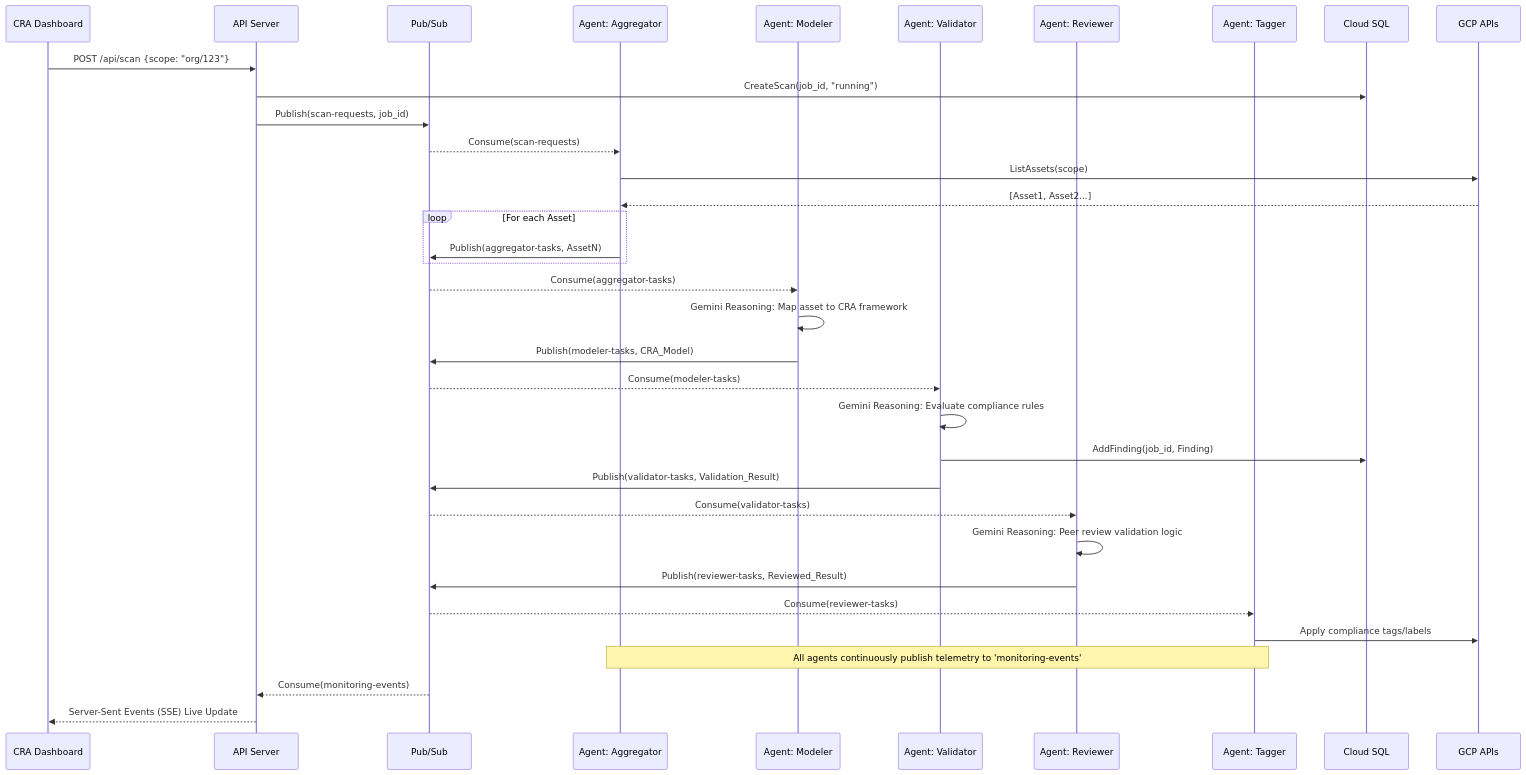
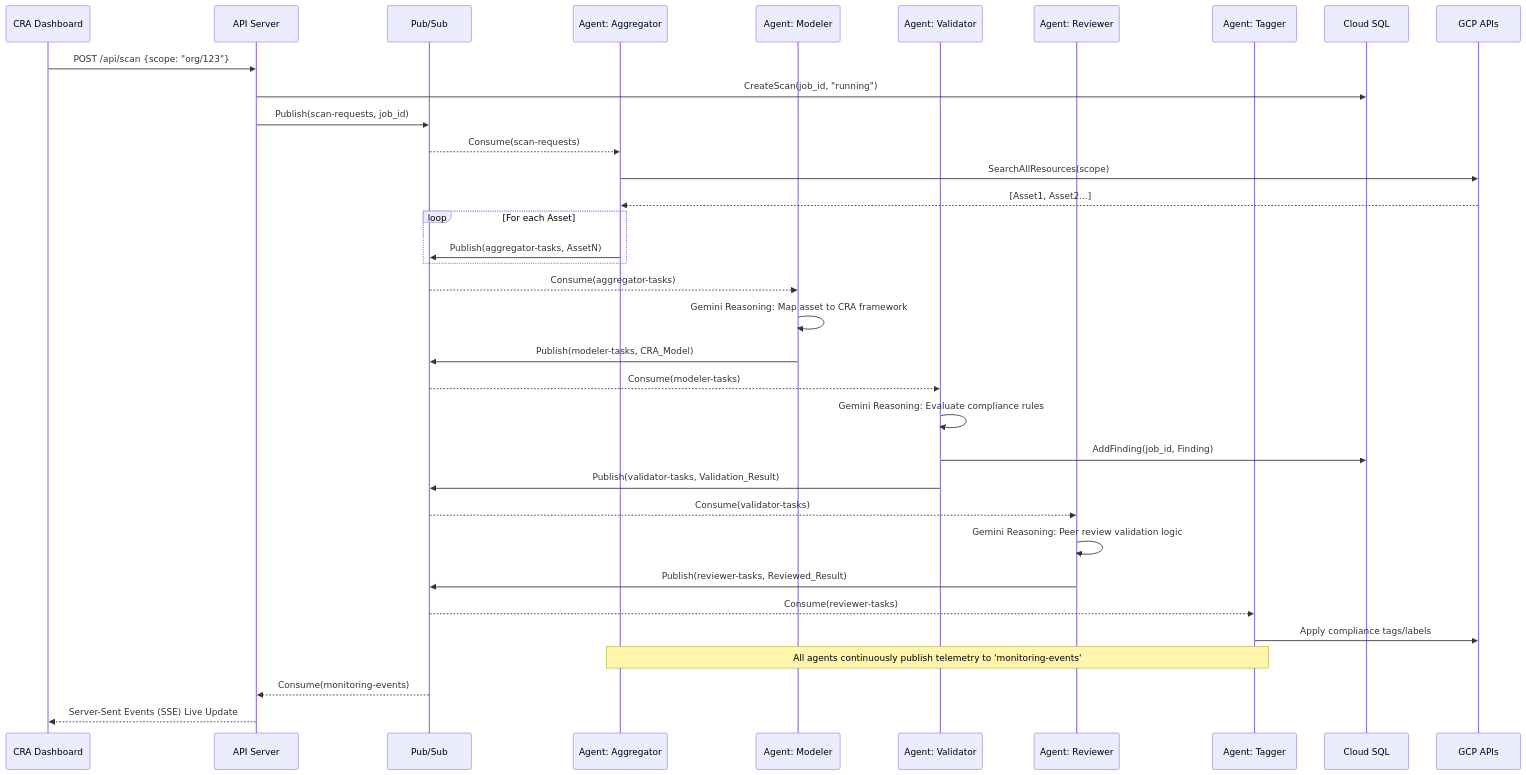
One commit to iuriikogan/multi-agent-cra changed the second of 2 diagrams in ARCHITECTURE.md. Above: the diagram before and after it, drawn with Mermaid. The commit also changed other lines of this file and 6 other files, not shown here.

````diff
--- a/ARCHITECTURE.md
+++ b/ARCHITECTURE.md
@@ -36,44 +36,44 @@
 ```mermaid
 sequenceDiagram
     participant UI as CRA Dashboard
     participant API as API Server
     participant PS as Pub/Sub
     participant Agg as Agent: Aggregator
     participant Mod as Agent: Modeler
     participant Val as Agent: Validator
     participant Rev as Agent: Reviewer
     participant Tag as Agent: Tagger
     participant DB as Cloud SQL
     participant GCP as GCP APIs
 
     UI->>API: POST /api/scan {scope: "org/123"}
     API->>DB: CreateScan(job_id, "running")
     API->>PS: Publish(scan-requests, job_id)
     
     PS-->>Agg: Consume(scan-requests)
-    Agg->>GCP: ListAssets(scope)
+    Agg->>GCP: SearchAllResources(scope)
     GCP-->>Agg: [Asset1, Asset2...]
     loop For each Asset
         Agg->>PS: Publish(aggregator-tasks, AssetN)
     end
     
     PS-->>Mod: Consume(aggregator-tasks)
     Mod->>Mod: Gemini Reasoning: Map asset to CRA framework
     Mod->>PS: Publish(modeler-tasks, CRA_Model)
     
     PS-->>Val: Consume(modeler-tasks)
     Val->>Val: Gemini Reasoning: Evaluate compliance rules
     Val->>DB: AddFinding(job_id, Finding)
     Val->>PS: Publish(validator-tasks, Validation_Result)
     
     PS-->>Rev: Consume(validator-tasks)
     Rev->>Rev: Gemini Reasoning: Peer review validation logic
     Rev->>PS: Publish(reviewer-tasks, Reviewed_Result)
     
     PS-->>Tag: Consume(reviewer-tasks)
     Tag->>GCP: Apply compliance tags/labels
     
     Note over Agg,Tag: All agents continuously publish telemetry to 'monitoring-events'
     PS-->>API: Consume(monitoring-events)
     API-->>UI: Server-Sent Events (SSE) Live Update
 ```
````
